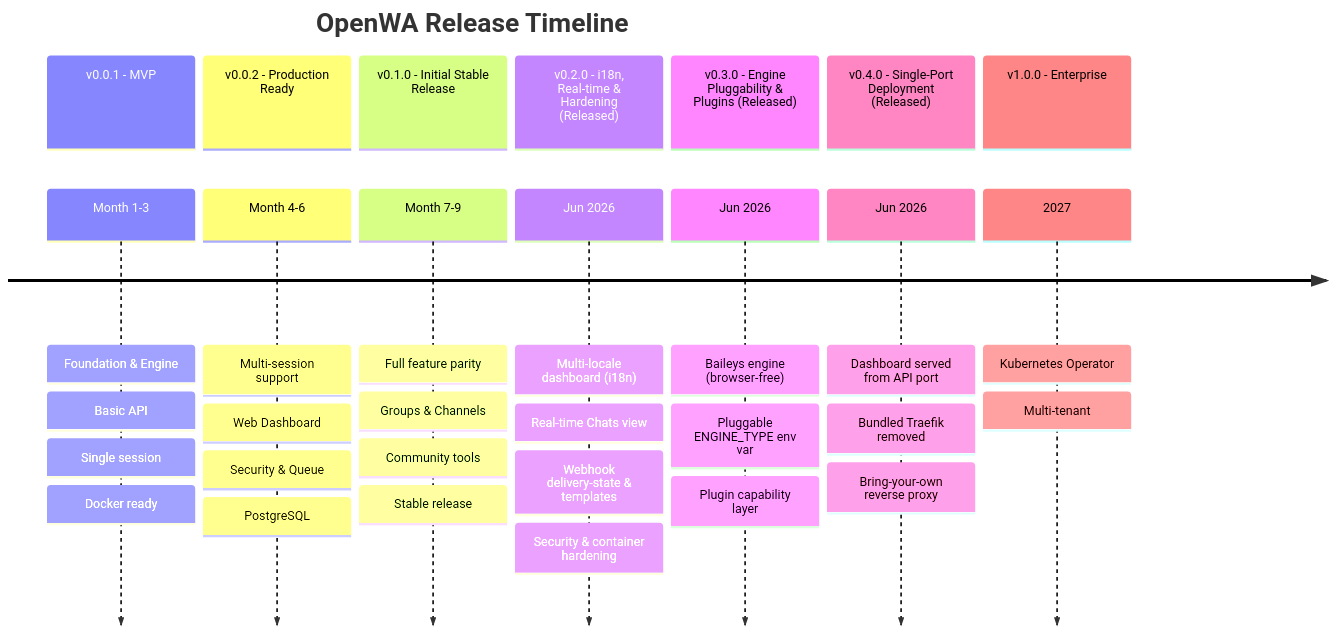
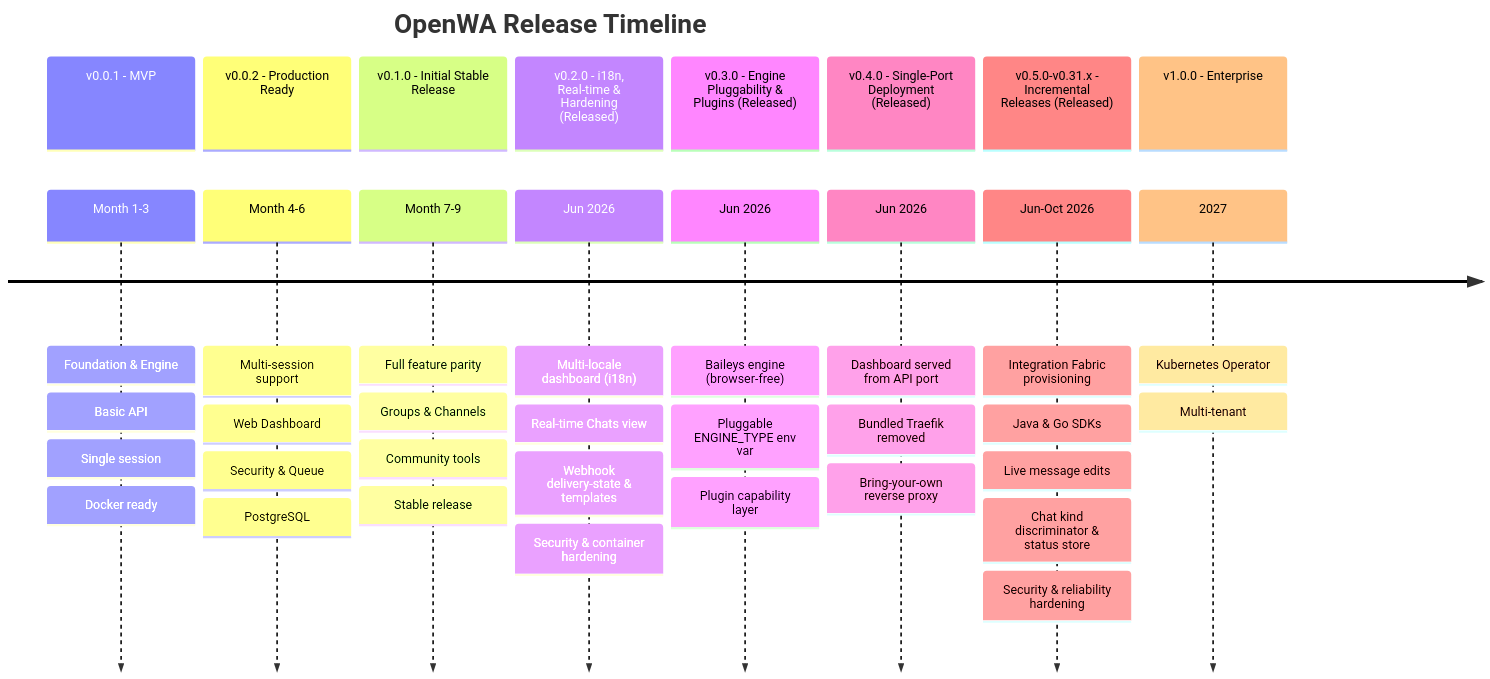
The first of 7 diagrams in portals/crm/open-wa-server/docs/15-project-roadmap.md (suryansh-business-work/duncit-all), drawn with Mermaid before and after one commit. The commit also changed other lines of this file and 2547 other files, not shown here.

````diff
--- a/portals/crm/open-wa-server/docs/15-project-roadmap.md
+++ b/portals/crm/open-wa-server/docs/15-project-roadmap.md
@@ -5,42 +5,49 @@
 ```mermaid
 timeline
     title OpenWA Release Timeline
 
     section v0.0.1 - MVP
         Month 1-3 : Foundation & Engine
                   : Basic API
                   : Single session
                   : Docker ready
 
     section v0.0.2 - Production Ready
         Month 4-6 : Multi-session support
                   : Web Dashboard
                   : Security & Queue
                   : PostgreSQL
 
     section v0.1.0 - Initial Stable Release
         Month 7-9 : Full feature parity
                   : Groups & Channels
                   : Community tools
                   : Stable release
 
     section v0.2.0 - i18n, Real-time & Hardening (Released)
         Jun 2026 : Multi-locale dashboard (i18n)
                  : Real-time Chats view
                  : Webhook delivery-state & templates
                  : Security & container hardening
 
     section v0.3.0 - Engine Pluggability & Plugins (Released)
         Jun 2026 : Baileys engine (browser-free)
                  : Pluggable ENGINE_TYPE env var
                  : Plugin capability layer
 
     section v0.4.0 - Single-Port Deployment (Released)
         Jun 2026 : Dashboard served from API port
                  : Bundled Traefik removed
                  : Bring-your-own reverse proxy
 
+    section v0.5.0-v0.31.x - Incremental Releases (Released)
+        Jun-Oct 2026 : Integration Fabric provisioning
+                     : Java & Go SDKs
+                     : Live message edits
+                     : Chat kind discriminator & status store
+                     : Security & reliability hardening
+
     section v1.0.0 - Enterprise
         2027 : Kubernetes Operator
              : Multi-tenant
 ```
````
